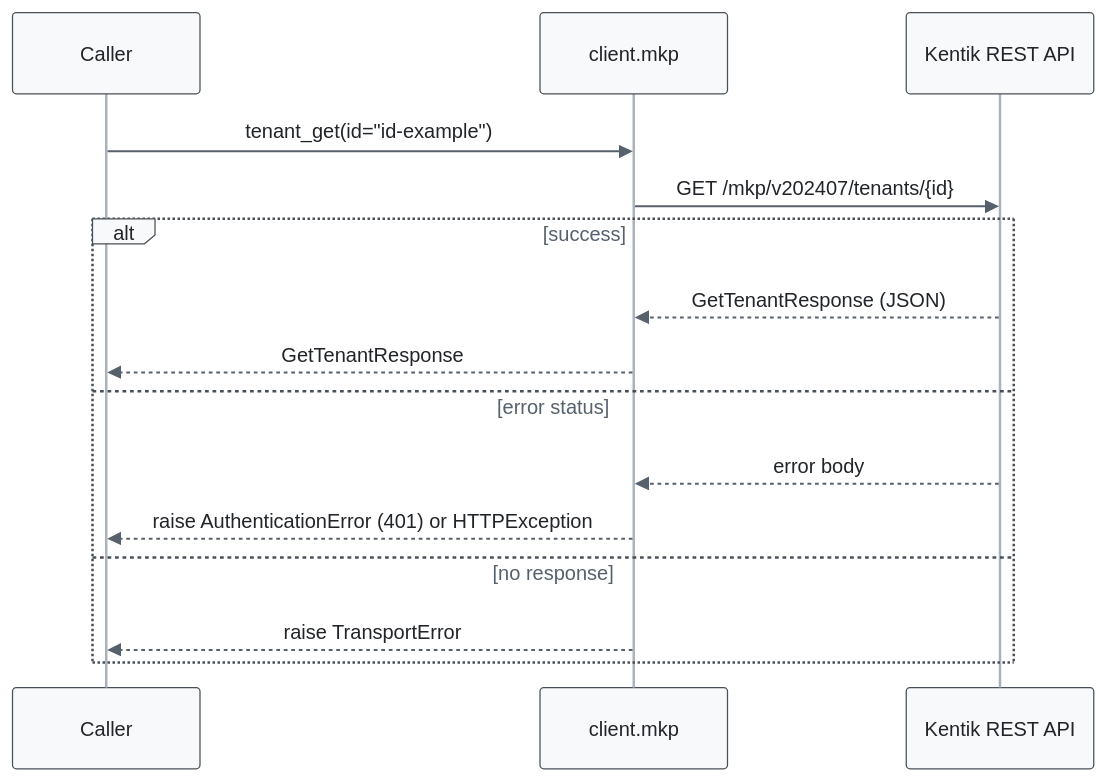
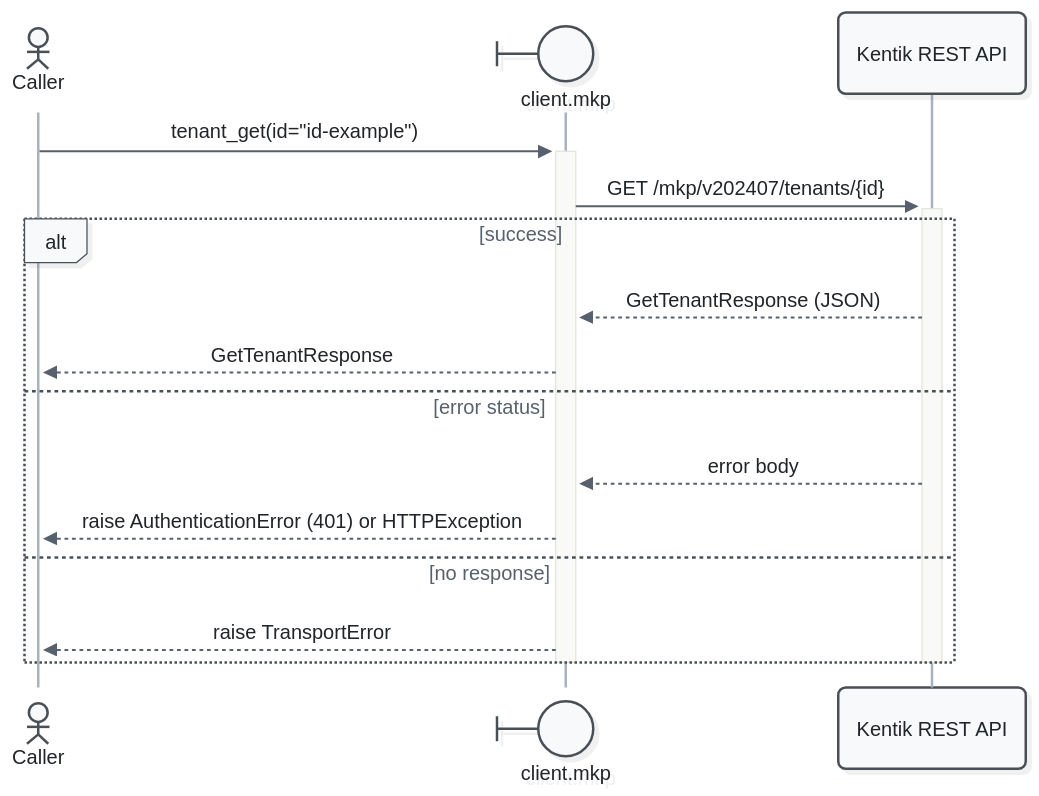
Diagram 15 of 29 in docs/sphinx/services/mkp.md (alexdearaujo/community_sdk_python), drawn with Mermaid before and after one commit. The commit also changed other lines of this file and 52 other files, not shown here.

First line of the commit message:
docs: Mermaid 12 sequence diagrams with participant types and path colors

````diff
--- a/docs/sphinx/services/mkp.md
+++ b/docs/sphinx/services/mkp.md
@@ -570,19 +605,21 @@
 ```mermaid
-%%{init: {"theme": "base", "fontFamily": "ui-monospace, SFMono-Regular, Menlo, monospace", "themeVariables": {"fontFamily": "ui-monospace, SFMono-Regular, Menlo, monospace", "primaryColor": "#f8f9fa", "primaryBorderColor": "#495057", "primaryTextColor": "#212529", "textColor": "#212529", "lineColor": "#77818c", "edgeLabelBackground": "#ffffff", "actorBkg": "#f8f9fa", "actorBorder": "#495057", "actorTextColor": "#212529", "actorLineColor": "#a9b3be", "signalColor": "#57616d", "signalTextColor": "#212529", "labelBoxBkgColor": "#f8f9fa", "labelBoxBorderColor": "#495057", "labelTextColor": "#212529", "loopTextColor": "#57616d", "noteBkgColor": "#fff9db", "noteBorderColor": "#f08c00", "noteTextColor": "#a35a00"}, "flowchart": {"curve": "step", "nodeSpacing": 30, "rankSpacing": 70, "wrappingWidth": 400}}}%%
+%%{init: {"theme": "redux", "look": "neo", "layout": "dagre", "fontFamily": "ui-monospace, SFMono-Regular, Menlo, monospace", "themeVariables": {"fontFamily": "ui-monospace, SFMono-Regular, Menlo, monospace", "primaryColor": "#f8f9fa", "primaryBorderColor": "#495057", "primaryTextColor": "#212529", "textColor": "#212529", "lineColor": "#77818c", "edgeLabelBackground": "#ffffff", "actorBkg": "#f8f9fa", "actorBorder": "#495057", "actorTextColor": "#212529", "actorLineColor": "#a9b3be", "signalColor": "#57616d", "signalTextColor": "#212529", "labelBoxBkgColor": "#f8f9fa", "labelBoxBorderColor": "#495057", "labelTextColor": "#212529", "loopTextColor": "#57616d", "noteBkgColor": "#fff9db", "noteBorderColor": "#f08c00", "noteTextColor": "#a35a00"}, "sequence": {"activationWidth": 16}, "flowchart": {"curve": "step", "nodeSpacing": 30, "rankSpacing": 70, "wrappingWidth": 400}}}%%
 sequenceDiagram
-    participant C as Caller
-    participant W as client.mkp
+    actor C as Caller
+    participant W@{ "type": "boundary" } as client.mkp
     participant API as Kentik REST API
 
-    C->>W: tenant_get(id="id-example")
-    W->>API: GET /mkp/v202407/tenants/{id}
+    C->>+W: tenant_get(id="id-example")
+    W->>+API: GET /mkp/v202407/tenants/{id}
     alt success
         API-->>W: GetTenantResponse (JSON)
         W-->>C: GetTenantResponse
     else error status
         API-->>W: error body
         W-->>C: raise AuthenticationError (401) or HTTPException
     else no response
         W-->>C: raise TransportError
     end
+    deactivate API
+    deactivate W
 ```
````
